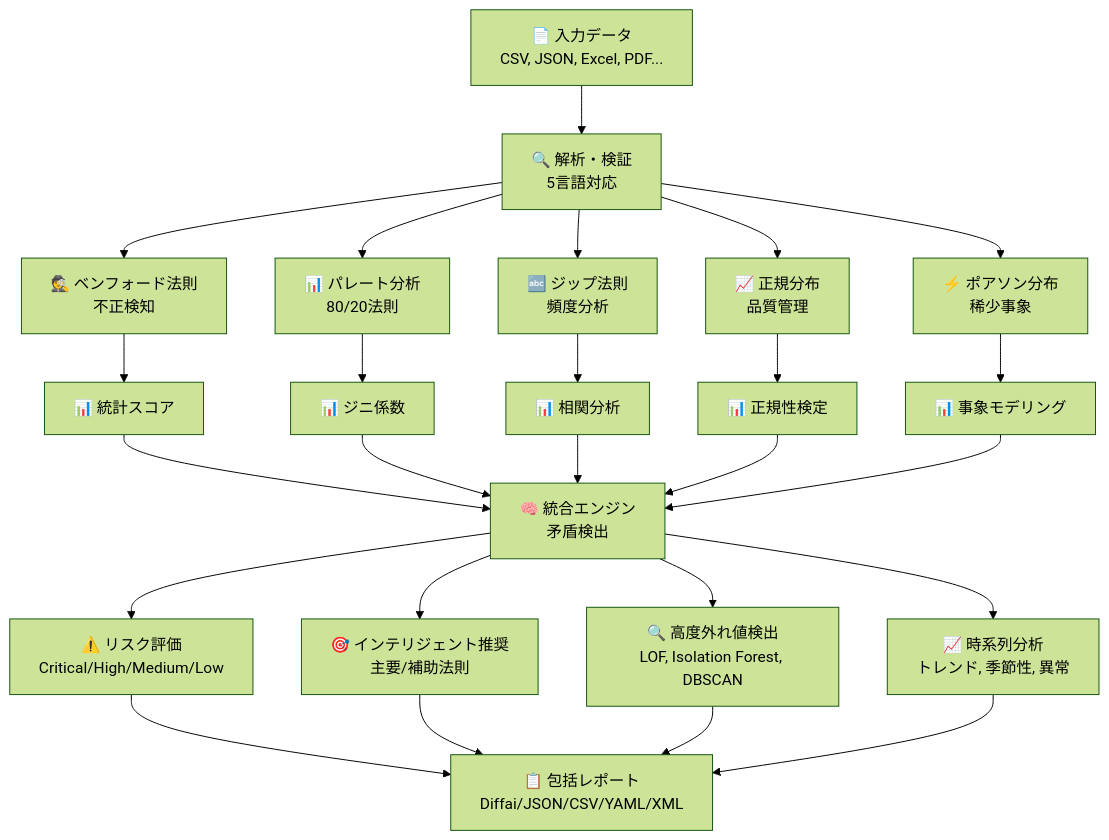
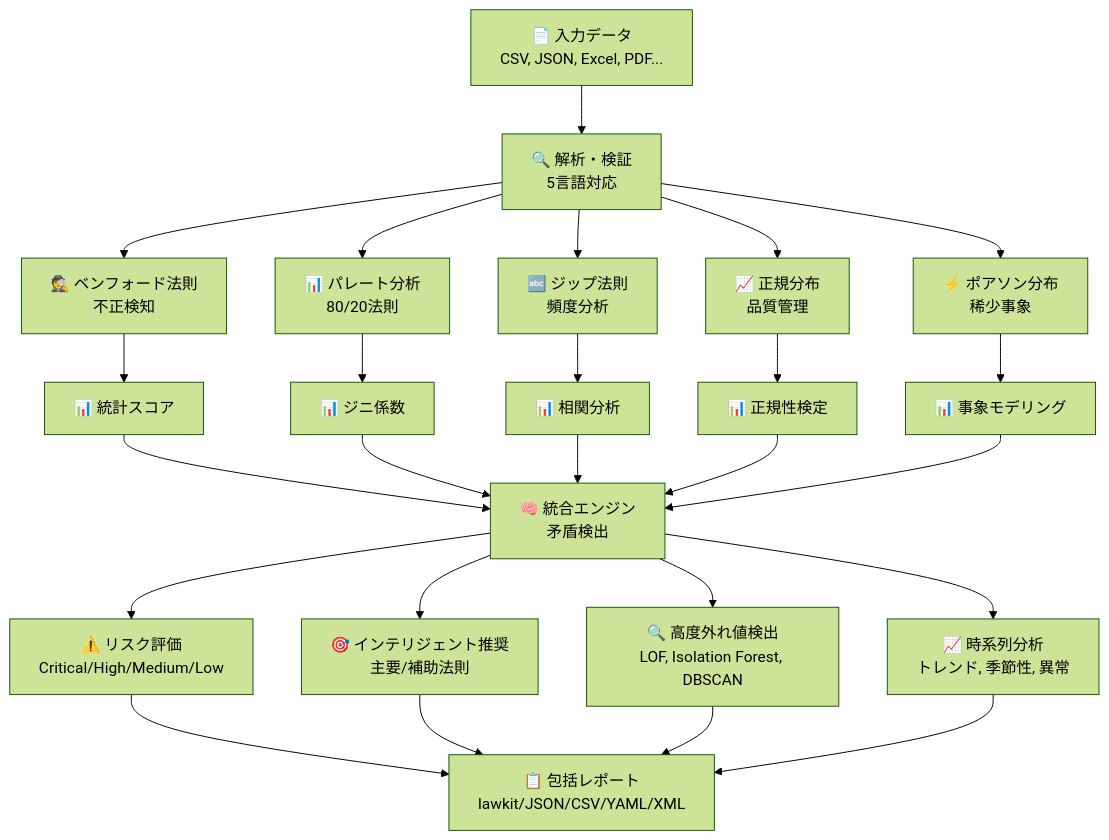
One commit to kako-jun/lawkit changed the first of 2 diagrams in README_ja.md. Above: the diagram before and after it, drawn with Mermaid (forest theme). The commit also changed other lines of this file and 2 other files, not shown here.

````diff
--- a/README_ja.md
+++ b/README_ja.md
@@ -91,32 +91,32 @@
 ```mermaid
 graph TB
     A[📄 入力データ<br/>CSV, JSON, Excel, PDF...] --> B[🔍 解析・検証<br/>5言語対応]
     
     B --> C1[🕵️ ベンフォード法則<br/>不正検知]
     B --> C2[📊 パレート分析<br/>80/20法則]
     B --> C3[🔤 ジップ法則<br/>頻度分析]
     B --> C4[📈 正規分布<br/>品質管理]
     B --> C5[⚡ ポアソン分布<br/>稀少事象]
     
     C1 --> D1[📊 統計スコア]
     C2 --> D2[📊 ジニ係数]
     C3 --> D3[📊 相関分析]
     C4 --> D4[📊 正規性検定]
     C5 --> D5[📊 事象モデリング]
     
     D1 --> E[🧠 統合エンジン<br/>矛盾検出]
     D2 --> E
     D3 --> E
     D4 --> E
     D5 --> E
     
     E --> F1[⚠️ リスク評価<br/>Critical/High/Medium/Low]
     E --> F2[🎯 インテリジェント推奨<br/>主要/補助法則]
     E --> F3[🔍 高度外れ値検出<br/>LOF, Isolation Forest, DBSCAN]
     E --> F4[📈 時系列分析<br/>トレンド, 季節性, 異常]
     
-    F1 --> G[📋 包括レポート<br/>Diffai/JSON/CSV/YAML/XML]
+    F1 --> G[📋 包括レポート<br/>lawkit/JSON/CSV/YAML/XML]
     F2 --> G
     F3 --> G
     F4 --> G
 ```
````
